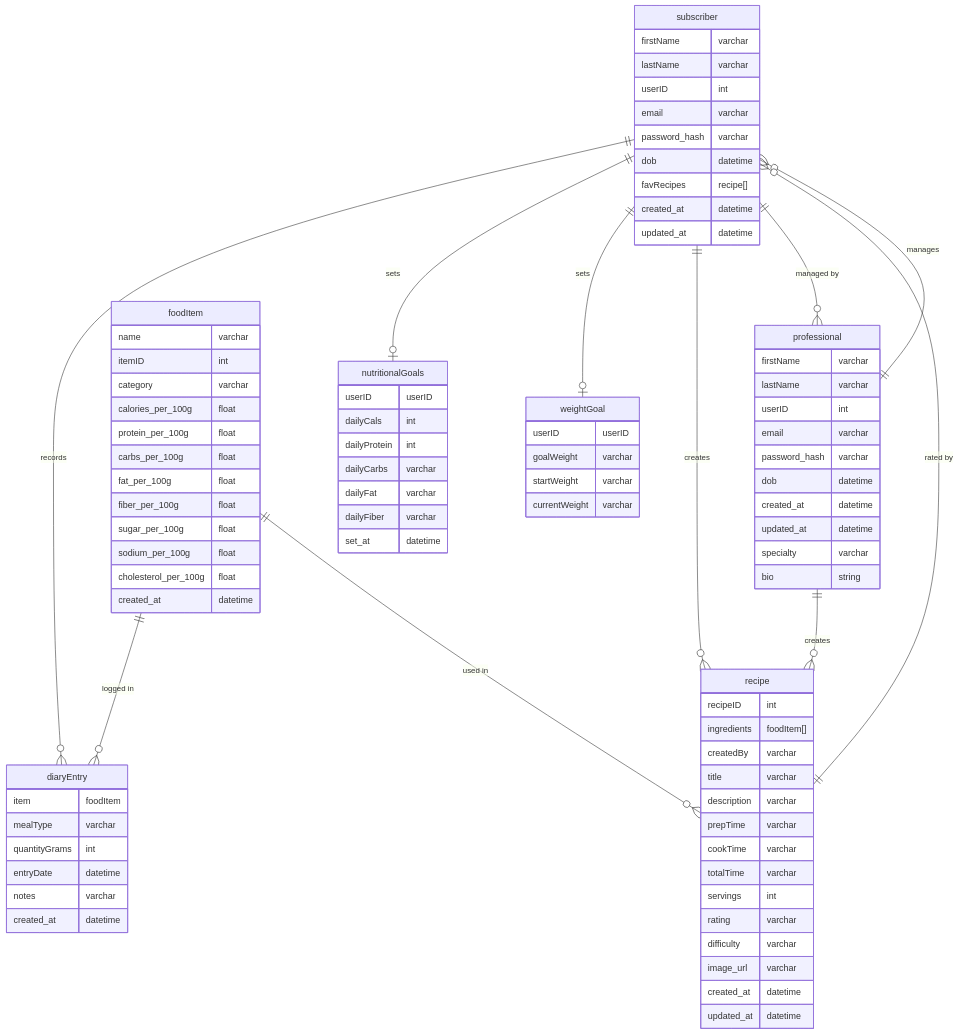
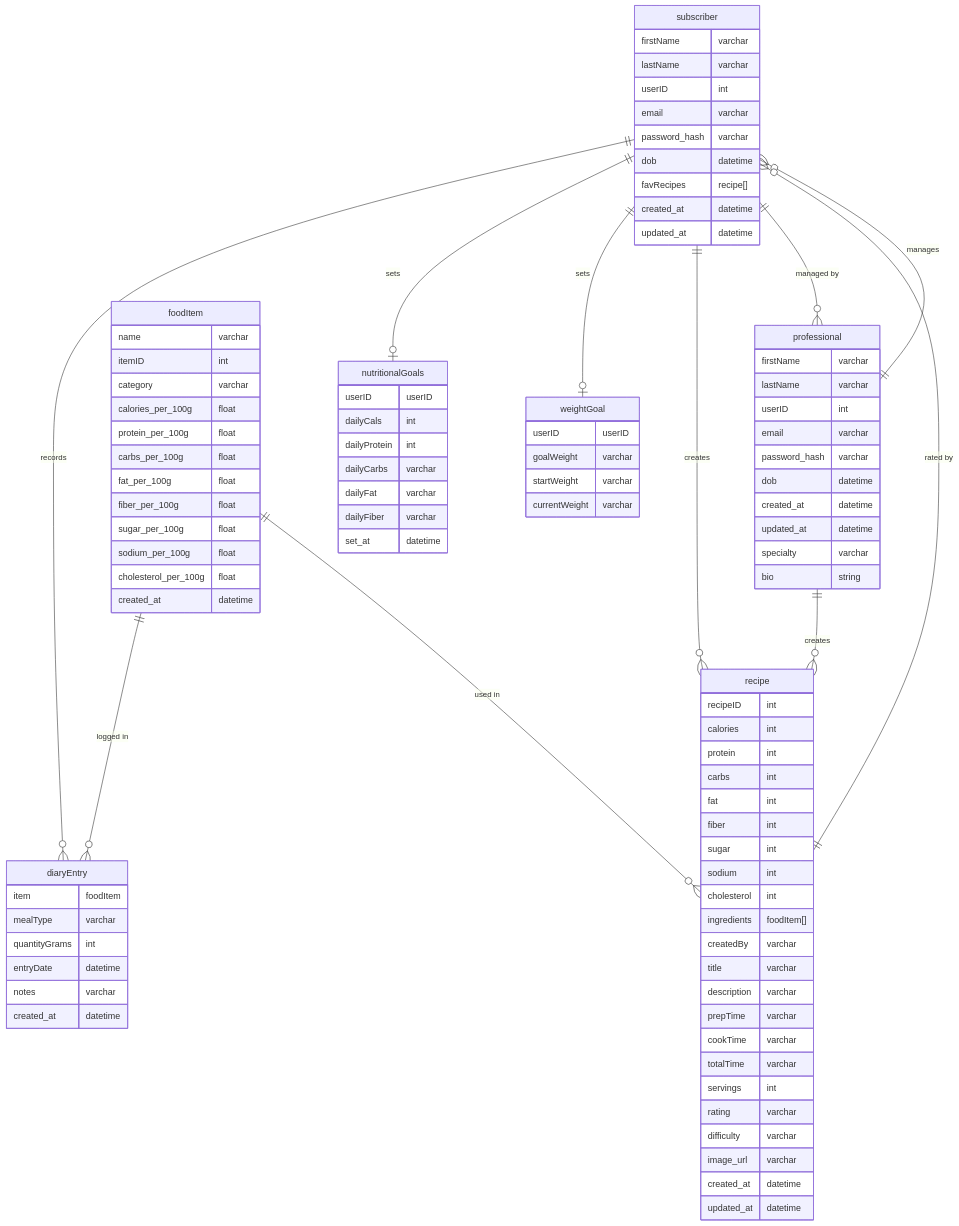
The diagram in ER_diagram.md (X-07-xqf/2850final-project), drawn with Mermaid before and after one commit.

```diff
--- a/ER_diagram.md
+++ b/ER_diagram.md
@@ -76,6 +76,14 @@
 
     recipe {
         recipeID int
+        calories int
+        protein int
+        carbs int
+        fat int
+        fiber int
+        sugar int
+        sodium int
+        cholesterol int
         ingredients foodItem[]
         createdBy varchar
         title varchar
```
